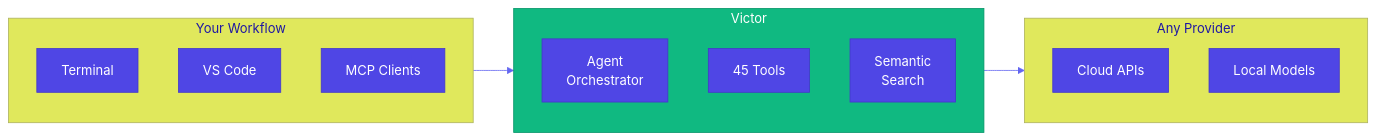
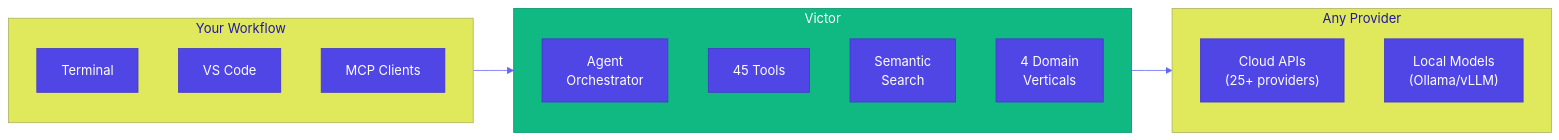
The first of 6 diagrams in README.md (vjsingh1984/victor), drawn with Mermaid before and after one commit. The commit also changed other lines of this file and 3 other files, not shown here.

````diff
--- a/README.md
+++ b/README.md
@@ -23,24 +24,25 @@
 ```mermaid
 %%{init: {'theme': 'base', 'themeVariables': { 'primaryColor': '#4F46E5', 'primaryTextColor': '#fff', 'primaryBorderColor': '#4338CA', 'lineColor': '#6366F1', 'secondaryColor': '#E0E7FF'}}}%%
 flowchart LR
     subgraph Interface["Your Workflow"]
         CLI["Terminal"]
         IDE["VS Code"]
         MCP["MCP Clients"]
     end
 
     subgraph Victor["Victor"]
         Agent["Agent<br/>Orchestrator"]
         Tools["45 Tools"]
         Search["Semantic<br/>Search"]
+        Verticals["4 Domain<br/>Verticals"]
     end
 
     subgraph Providers["Any Provider"]
-        Cloud["Cloud APIs"]
-        Local["Local Models"]
+        Cloud["Cloud APIs<br/>(25+ providers)"]
+        Local["Local Models<br/>(Ollama/vLLM)"]
     end
 
     Interface --> Victor --> Providers
 
     style Victor fill:#10B981,stroke:#059669,color:#fff
 ```
````
